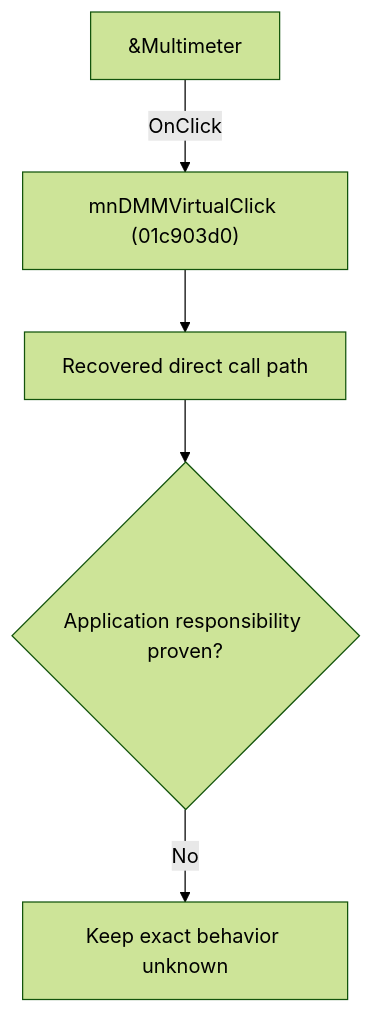
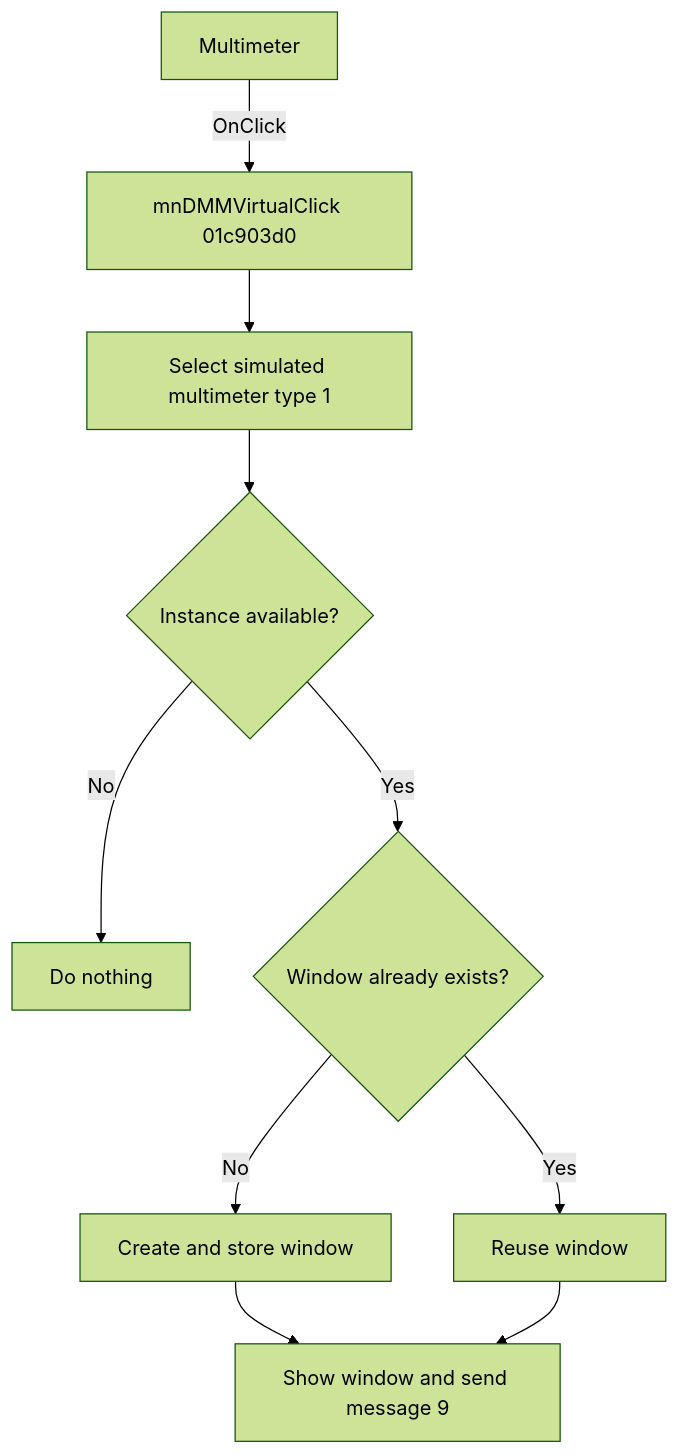
One commit to MovGP0/TIARA changed the diagram in docs/ui-controls/schematiceditor/voltmeter-7880e9e737.md. Above: the diagram before and after it, drawn with Mermaid (forest theme). The commit also changed other lines of this file and 241 other files, not shown here.

````diff
--- a/docs/ui-controls/schematiceditor/voltmeter-7880e9e737.md
+++ b/docs/ui-controls/schematiceditor/voltmeter-7880e9e737.md
@@ -27,7 +22,12 @@
 ```mermaid
 flowchart TD
-    control["&Multimeter"] -->|"OnClick"| handler["mnDMMVirtualClick (01c903d0)"]
-    handler --> recovered["Recovered direct call path"]
-    recovered --> gap{"Application responsibility proven?"}
-    gap -->|"No"| blocked["Keep exact behavior unknown"]
+    control["Multimeter"] -->|"OnClick"| handler["mnDMMVirtualClick 01c903d0"]
+    handler --> coordinator["Select simulated multimeter type 1"]
+    coordinator --> available{"Instance available?"}
+    available -->|"No"| noOp["Do nothing"]
+    available -->|"Yes"| slot{"Window already exists?"}
+    slot -->|"No"| create["Create and store window"]
+    slot -->|"Yes"| reuse["Reuse window"]
+    create --> show["Show window and send message 9"]
+    reuse --> show
 ```
````
